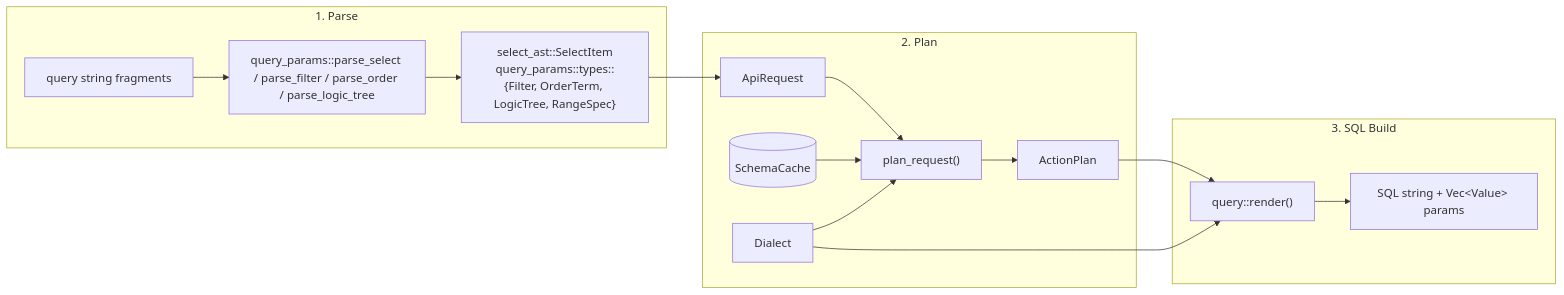
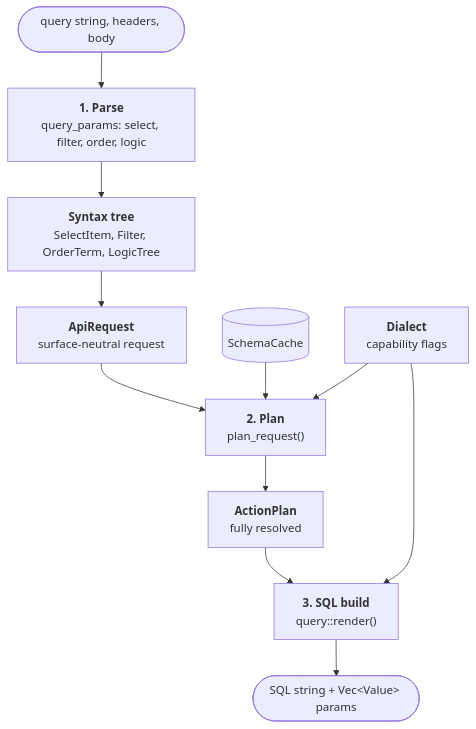
Before and after one commit to pgvis/pgvis: the first of 2 diagrams in arch/02-core-pipeline.md, drawn with Mermaid. The commit also changed other lines of this file and 29 other files, not shown here.

````diff
--- a/arch/02-core-pipeline.md
+++ b/arch/02-core-pipeline.md
@@ -8,19 +8,18 @@
 ```mermaid
-flowchart LR
-    subgraph parse[1. Parse]
-      QS[query string fragments] --> P1["query_params::parse_select / parse_filter / parse_order / parse_logic_tree"]
-      P1 --> AST["select_ast::SelectItem<br/>query_params::types::{Filter, OrderTerm, LogicTree, RangeSpec}"]
-    end
-    subgraph plan[2. Plan]
-      AST --> AR[ApiRequest]
-      AR --> PRq["plan_request()"]
-      SC[(SchemaCache)] --> PRq
-      DL[Dialect] --> PRq
-      PRq --> AP[ActionPlan]
-    end
-    subgraph build[3. SQL Build]
-      AP --> R["query::render()"]
-      DL --> R
-      R --> OUT[SQL string + Vec&lt;Value&gt; params]
-    end
+flowchart TB
+    qs(["query string, headers, body"])
+    parse["<b>1. Parse</b><br/>query_params: select, filter, order, logic"]
+    ast["<b>Syntax tree</b><br/>SelectItem, Filter, OrderTerm, LogicTree"]
+    ar["<b>ApiRequest</b><br/>surface-neutral request"]
+    plan["<b>2. Plan</b><br/>plan_request()"]
+    sc[("SchemaCache")]
+    dl["<b>Dialect</b><br/>capability flags"]
+    ap["<b>ActionPlan</b><br/>fully resolved"]
+    build["<b>3. SQL build</b><br/>query::render()"]
+    out(["SQL string + Vec&lt;Value&gt; params"])
+
+    qs --> parse --> ast --> ar --> plan --> ap --> build --> out
+    sc --> plan
+    dl --> plan
+    dl --> build
 ```
````
